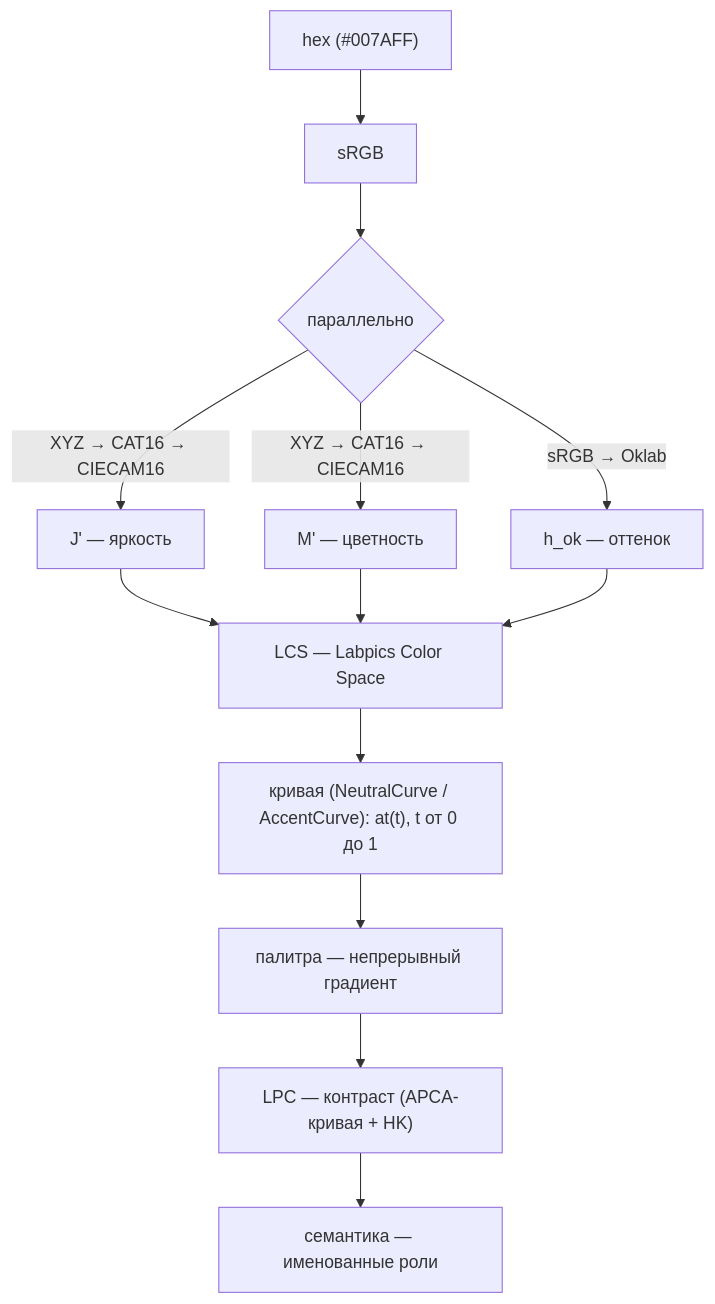
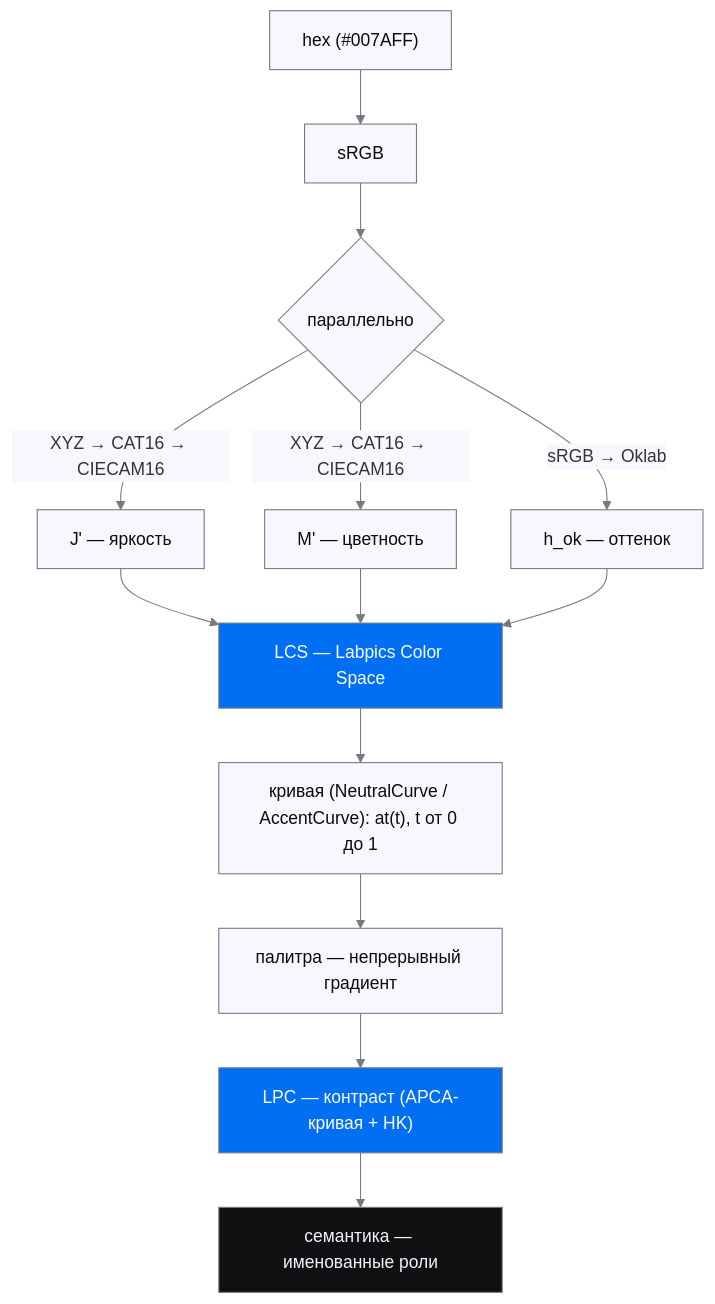
The first of 4 diagrams in README.md (Labpics-Team/lab-colors), drawn with Mermaid before and after one commit. The commit also changed other lines of this file, not shown here.

Commit message:
docs(readme): style mermaid diagrams per wave canon (init + classDef + #787880 strokes)

````diff
--- a/README.md
+++ b/README.md
@@ -23,15 +23,27 @@
 ```mermaid
+%%{init: {'theme':'base','themeVariables':{
+  'lineColor':'#787880','textColor':'#0A0A10',
+  'edgeLabelBackground':'#F7F7FF',
+  'clusterBkg':'transparent','clusterBorder':'#787880'
+}}}%%
 graph TD
     HEX["hex (#007AFF)"] --> SRGB["sRGB"]
     SRGB --> FORK{"параллельно"}
     FORK -->|"XYZ → CAT16 → CIECAM16"| J["J' — яркость"]
     FORK -->|"XYZ → CAT16 → CIECAM16"| M["M' — цветность"]
     FORK -->|"sRGB → Oklab"| HOK["h_ok — оттенок"]
     J --> LCS["LCS — Labpics Color Space"]
     M --> LCS
     HOK --> LCS
     LCS --> CURVE["кривая (NeutralCurve / AccentCurve): at(t), t от 0 до 1"]
     CURVE --> PAL["палитра — непрерывный градиент"]
     PAL --> LPC["LPC — контраст (APCA-кривая + HK)"]
     LPC --> SEM["семантика — именованные роли"]
+
+    classDef node fill:#F7F7FF,stroke:#787880,color:#0A0A10
+    classDef accent fill:#006FF3,stroke:#787880,color:#FCFDFF
+    classDef dark fill:#101012,stroke:#787880,color:#F2F2FC
+    class HEX,SRGB,FORK,J,M,HOK,CURVE,PAL node
+    class LCS,LPC accent
+    class SEM dark
 ```
````
